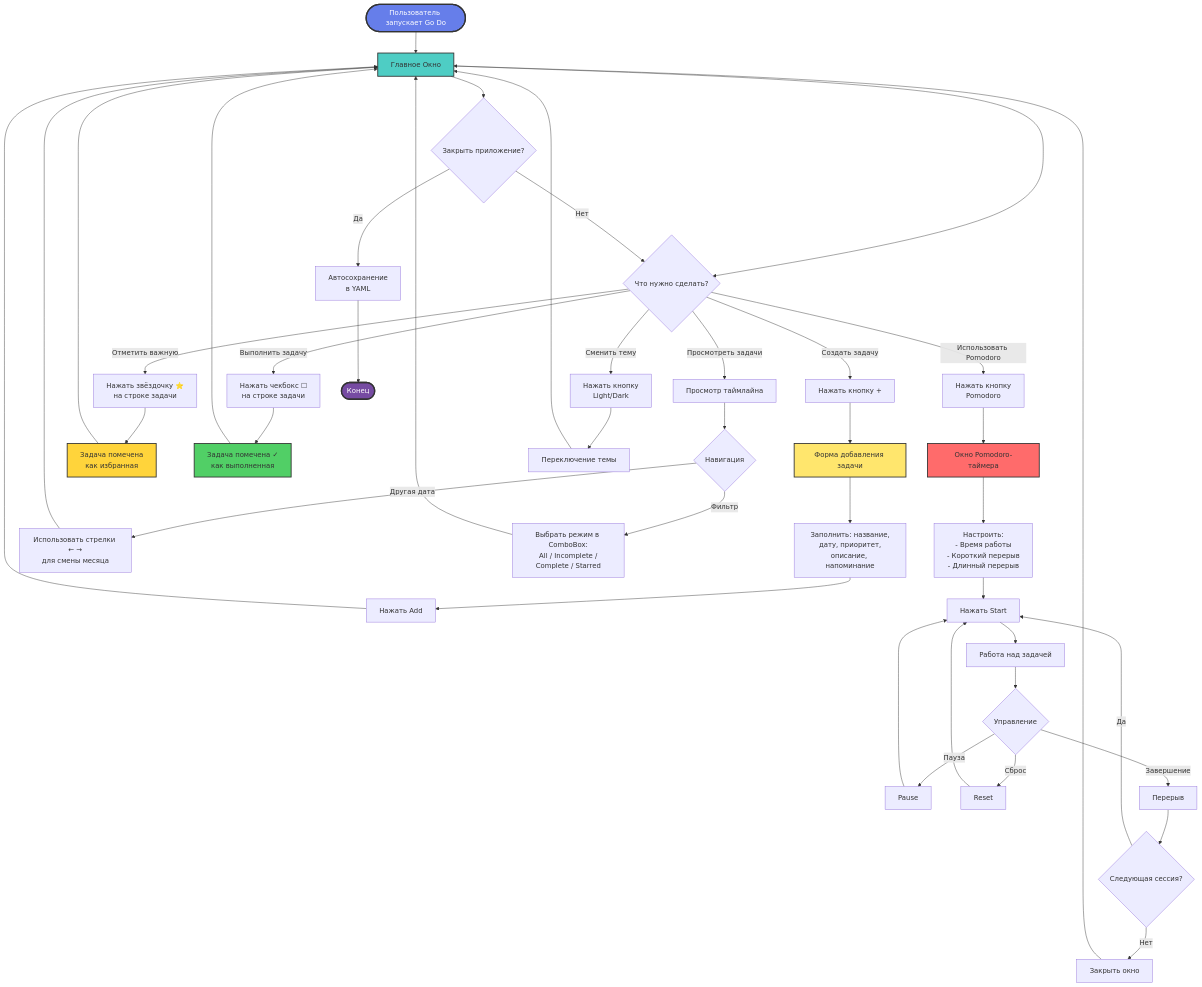
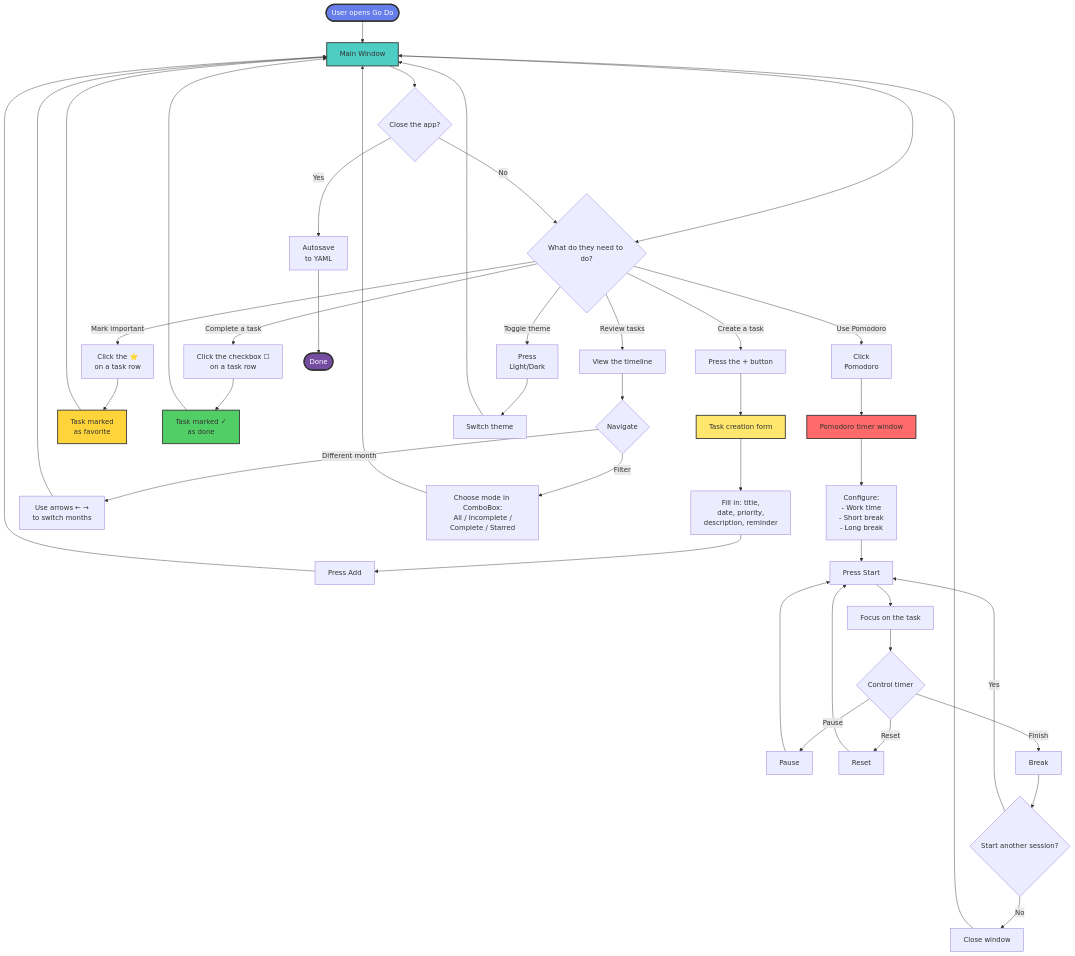
The first of 2 diagrams in README.md (DrNeuralDog/Go-Do), drawn with Mermaid before and after one commit. The commit also changed other lines of this file, not shown here.

````diff
--- a/README.md
+++ b/README.md
@@ -202,60 +197,60 @@
 ```mermaid
 flowchart TD
-    Start([Пользователь запускает Go Do]) --> MainWindow[Главное Окно]
+    Start([User opens Go Do]) --> MainWindow[Main Window]
 
-    MainWindow --> Action{Что нужно сделать?}
+    MainWindow --> Action{What do they need to do?}
 
-    Action -->|Создать задачу| ClickPlus[Нажать кнопку +]
-    ClickPlus --> AddForm[Форма добавления задачи]
-    AddForm --> FillForm[Заполнить: название,<br/>дату, приоритет,<br/>описание, напоминание]
-    FillForm --> SaveTask[Нажать Add]
+    Action -->|Create a task| ClickPlus[Press the + button]
+    ClickPlus --> AddForm[Task creation form]
+    AddForm --> FillForm[Fill in: title,<br/>date, priority,<br/>description, reminder]
+    FillForm --> SaveTask[Press Add]
     SaveTask --> MainWindow
 
-    Action -->|Просмотреть задачи| ViewTasks[Просмотр таймлайна]
-    ViewTasks --> Navigate{Навигация}
-    Navigate -->|Другая дата| Arrows[Использовать стрелки ← →<br/>для смены месяца]
-    Navigate -->|Фильтр| Filter[Выбрать режим в ComboBox:<br/>All / Incomplete /<br/>Complete / Starred]
+    Action -->|Review tasks| ViewTasks[View the timeline]
+    ViewTasks --> Navigate{Navigate}
+    Navigate -->|Different month| Arrows[Use arrows ← →<br/>to switch months]
+    Navigate -->|Filter| Filter[Choose mode in ComboBox:<br/>All / Incomplete /<br/>Complete / Starred]
     Arrows --> MainWindow
     Filter --> MainWindow
 
-    Action -->|Отметить важную| ClickStar[Нажать звёздочку ⭐<br/>на строке задачи]
-    ClickStar --> Starred[Задача помечена<br/>как избранная]
+    Action -->|Mark important| ClickStar[Click the ⭐<br/>on a task row]
+    ClickStar --> Starred[Task marked<br/>as favorite]
     Starred --> MainWindow
 
-    Action -->|Выполнить задачу| ClickCheck[Нажать чекбокс ☐<br/>на строке задачи]
-    ClickCheck --> Completed[Задача помечена ✓<br/>как выполненная]
+    Action -->|Complete a task| ClickCheck[Click the checkbox ☐<br/>on a task row]
+    ClickCheck --> Completed[Task marked ✓<br/>as done]
     Completed --> MainWindow
 
-    Action -->|Использовать Pomodoro| ClickPomodoro[Нажать кнопку<br/>Pomodoro]
-    ClickPomodoro --> PomodoroWindow[Окно Pomodoro-таймера]
-    PomodoroWindow --> ConfigPomodoro[Настроить:<br/>- Время работы<br/>- Короткий перерыв<br/>- Длинный перерыв]
-    ConfigPomodoro --> StartTimer[Нажать Start]
-    StartTimer --> WorkSession[Работа над задачей]
-    WorkSession --> TimerControls{Управление}
-    TimerControls -->|Пауза| Pause[Pause]
-    TimerControls -->|Сброс| Reset[Reset]
-    TimerControls -->|Завершение| Break[Перерыв]
+    Action -->|Use Pomodoro| ClickPomodoro[Click<br/>Pomodoro]
+    ClickPomodoro --> PomodoroWindow[Pomodoro timer window]
+    PomodoroWindow --> ConfigPomodoro[Configure:<br/>- Work time<br/>- Short break<br/>- Long break]
+    ConfigPomodoro --> StartTimer[Press Start]
+    StartTimer --> WorkSession[Focus on the task]
+    WorkSession --> TimerControls{Control timer}
+    TimerControls -->|Pause| Pause[Pause]
+    TimerControls -->|Reset| Reset[Reset]
+    TimerControls -->|Finish| Break[Break]
     Pause --> StartTimer
     Reset --> StartTimer
-    Break --> NextSession{Следующая сессия?}
-    NextSession -->|Да| StartTimer
-    NextSession -->|Нет| ClosePomodoro[Закрыть окно]
+    Break --> NextSession{Start another session?}
+    NextSession -->|Yes| StartTimer
+    NextSession -->|No| ClosePomodoro[Close window]
     ClosePomodoro --> MainWindow
 
-    Action -->|Сменить тему| ClickTheme[Нажать кнопку<br/>Light/Dark]
-    ClickTheme --> ToggleTheme[Переключение темы]
+    Action -->|Toggle theme| ClickTheme[Press<br/>Light/Dark]
+    ClickTheme --> ToggleTheme[Switch theme]
     ToggleTheme --> MainWindow
 
-    MainWindow --> Exit{Закрыть приложение?}
-    Exit -->|Да| SaveData[Автосохранение<br/>в YAML]
-    SaveData --> End([Конец])
-    Exit -->|Нет| Action
+    MainWindow --> Exit{Close the app?}
+    Exit -->|Yes| SaveData[Autosave<br/>to YAML]
+    SaveData --> End([Done])
+    Exit -->|No| Action
 
     style Start fill:#667eea,stroke:#333,stroke-width:3px,color:#fff
     style End fill:#764ba2,stroke:#333,stroke-width:3px,color:#fff
     style MainWindow fill:#4ecdc4,stroke:#333,stroke-width:2px
     style AddForm fill:#ffe66d,stroke:#333,stroke-width:2px
     style PomodoroWindow fill:#ff6b6b,stroke:#333,stroke-width:2px
     style Completed fill:#51cf66,stroke:#333,stroke-width:2px
     style Starred fill:#ffd43b,stroke:#333,stroke-width:2px
 ```
````
